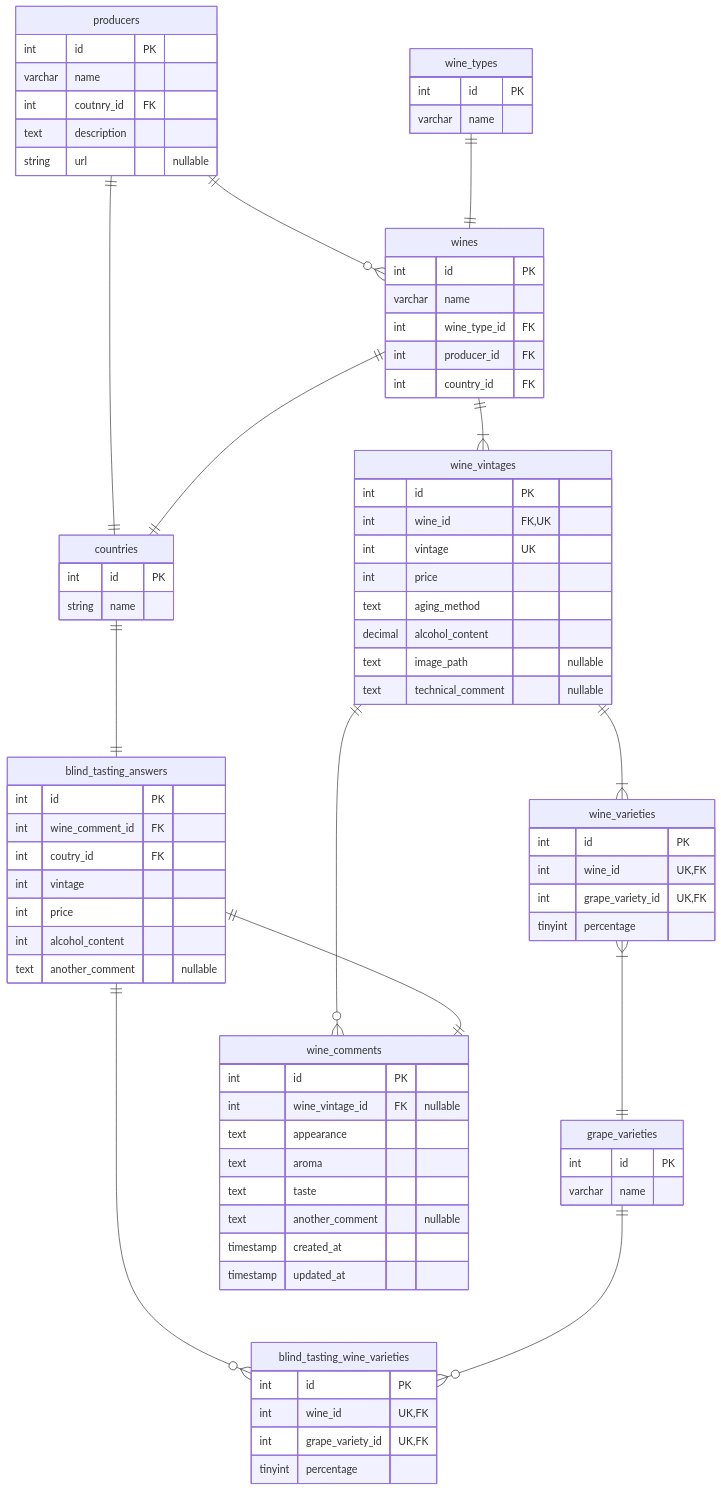
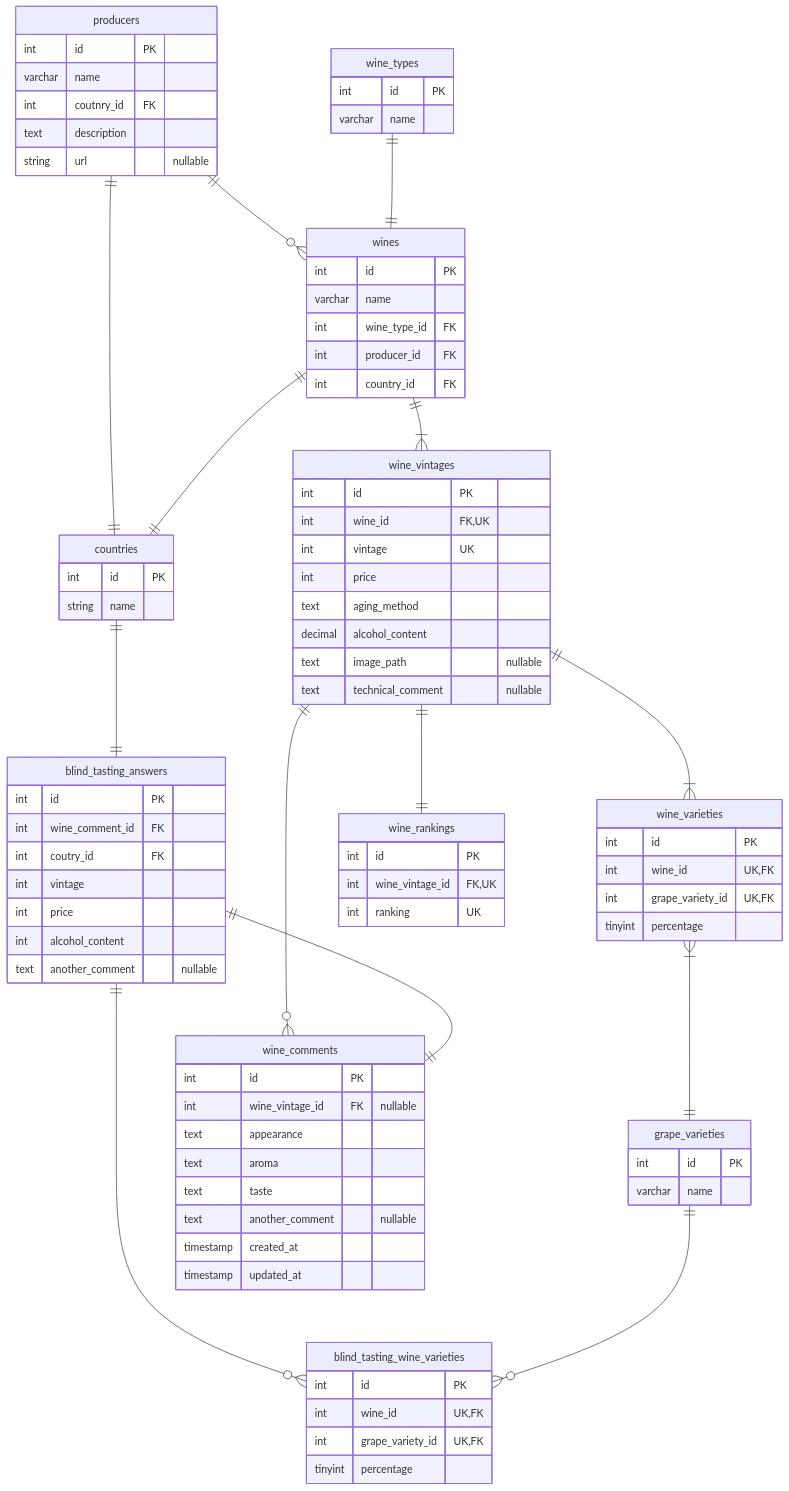
One commit to cork03/tastingNote changed the diagram in api/architecture/er.md. Above: the diagram before and after it, drawn with Mermaid. The commit also changed 9 other files, not shown here.

````diff
--- a/api/architecture/er.md
+++ b/api/architecture/er.md
@@ -77,6 +77,11 @@
         tinyint percentage
     }
     
+    wine_rankings {
+        int id PK
+        int wine_vintage_id FK,UK
+        int ranking UK
+    }
     
     producers ||--o{ wines : ""
     producers ||--|| countries : ""
@@ -90,4 +95,5 @@
     blind_tasting_answers ||--|| wine_comments : ""
     blind_tasting_answers ||--o{ blind_tasting_wine_varieties : ""
     grape_varieties ||--o{ blind_tasting_wine_varieties : ""
+    wine_vintages ||--|| wine_rankings : ""
 ```
````
